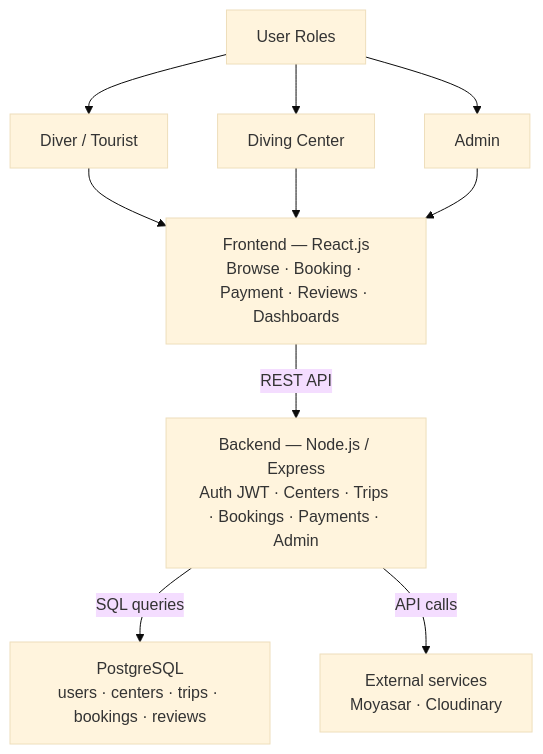
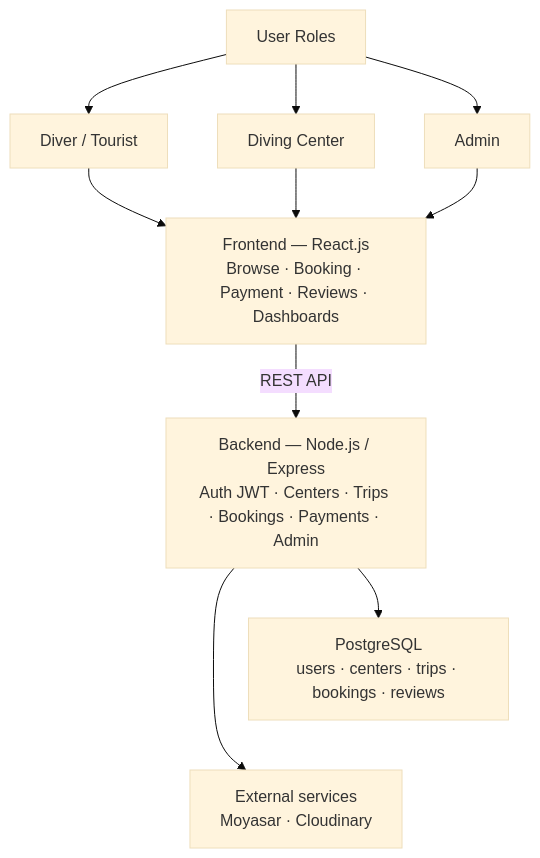
The first of 6 diagrams in stage3/README.md (laradreamer79/Portfolio-Project), drawn with Mermaid (base theme) before and after one commit.

Commit message:
style: balance bottom row symmetry in architecture diagram

````diff
--- a/stage3/README.md
+++ b/stage3/README.md
@@ -81,29 +81,31 @@
 ```mermaid
 flowchart TB
     Roles[User Roles]
 
     Roles --> actor1[Diver / Tourist]
     Roles --> actor2[Diving Center]
     Roles --> actor3[Admin]
 
     actor1 --> FE
     actor2 --> FE
     actor3 --> FE
 
     FE["Frontend — React.js
 Browse · Booking · Payment · Reviews · Dashboards"]
 
     FE -->|REST API| BE
 
     BE["Backend — Node.js / Express
 Auth JWT · Centers · Trips · Bookings · Payments · Admin"]
 
-    BE -->|SQL queries| DB
-    BE -->|API calls| EXT
+    BE --> DB
+    BE --> EXT
 
     DB["PostgreSQL
 users · centers · trips · bookings · reviews"]
 
     EXT["External services
 Moyasar · Cloudinary"]
+
+    DB ~~~ EXT
 ```
````
